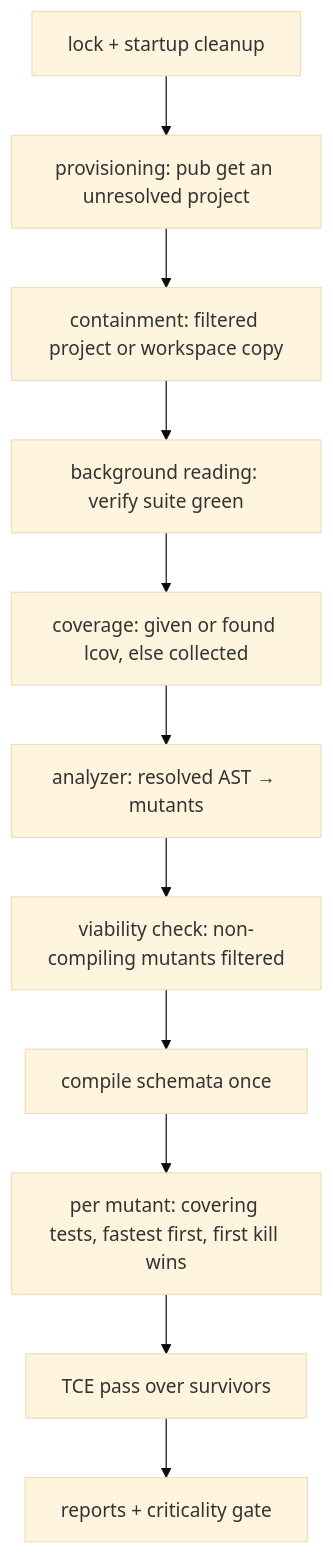
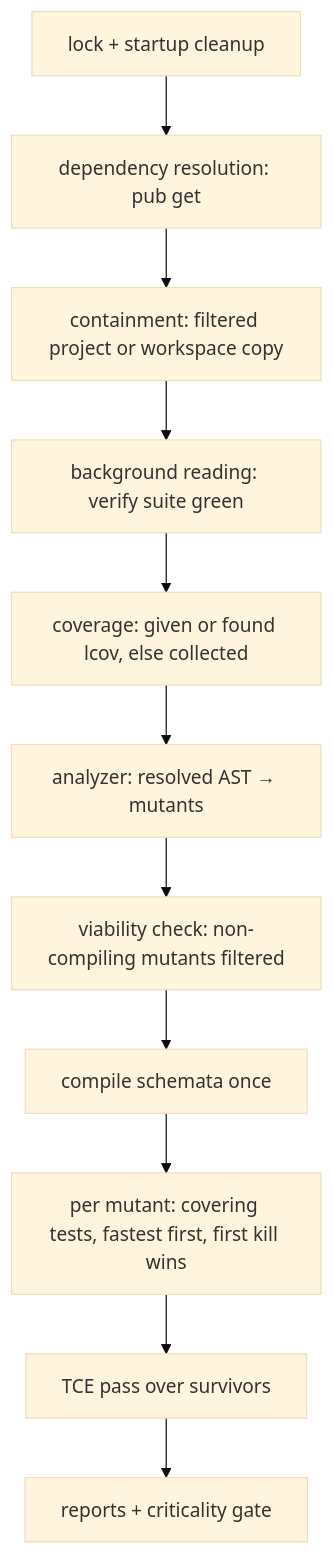
The diagram in docs/decisions/index.md (memento-engineering/butcher), drawn with Mermaid (base theme) before and after one commit. The commit also changed 23 other files, not shown here.

````diff
--- a/docs/decisions/index.md
+++ b/docs/decisions/index.md
@@ -9,13 +9,13 @@
 ```mermaid
 flowchart TD
-    A[lock + startup cleanup] --> P[provisioning: pub get an unresolved project]
+    A[lock + startup cleanup] --> P[dependency resolution: pub get]
     P --> B[containment: filtered project or workspace copy]
     B --> C[background reading: verify suite green]
     C --> E[coverage: given or found lcov, else collected]
     E --> D[analyzer: resolved AST → mutants]
     D --> V[viability check: non-compiling mutants filtered]
     V --> F[compile schemata once]
     F --> G[per mutant: covering tests, fastest first, first kill wins]
     G --> H[TCE pass over survivors]
     H --> I[reports + criticality gate]
 ```
````
